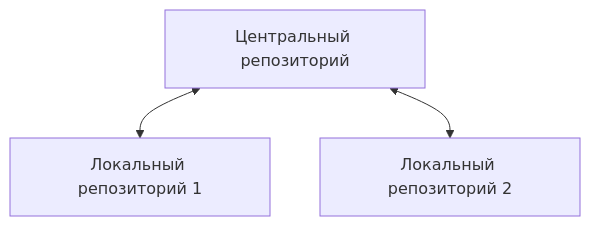
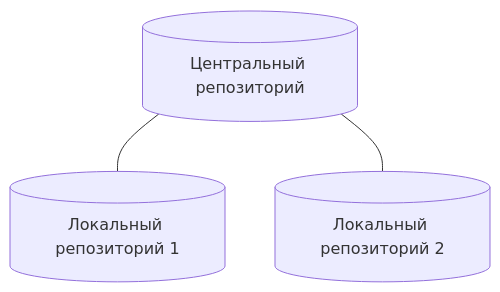
Before and after one commit to fox67rus/the_self_taught_programmer: the diagram in chap19/README.md, drawn with Mermaid. The commit also changed other lines of this file, not shown here.

````diff
--- a/chap19/README.md
+++ b/chap19/README.md
@@ -12,5 +12,5 @@
 ```mermaid
 graph TD;
-    id1[Центральный репозиторий] <--> id2[Локальный репозиторий 1];
-    id1[Центральный репозиторий] <--> id3[Локальный репозиторий 2];
+    id1[(Центральный репозиторий)] --- id2[(Локальный репозиторий 1)];
+    id1[(Центральный репозиторий)] --- id3[(Локальный репозиторий 2)];
 ```
````
